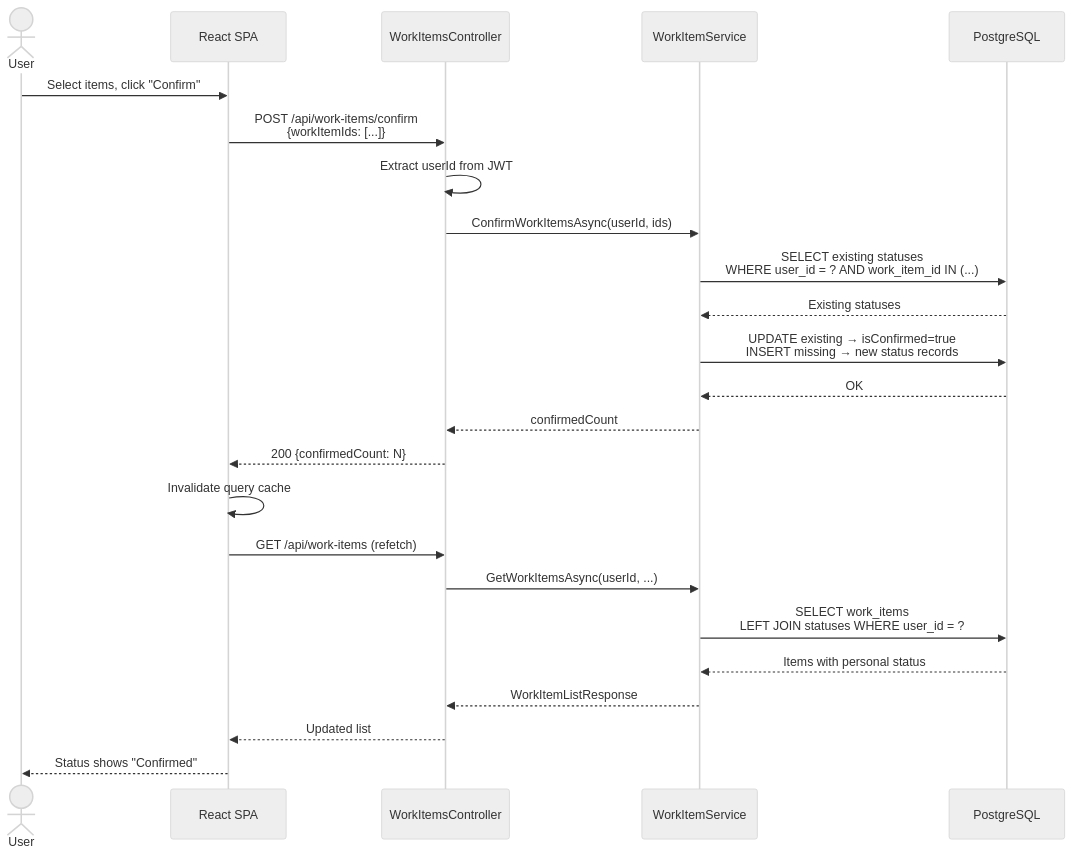
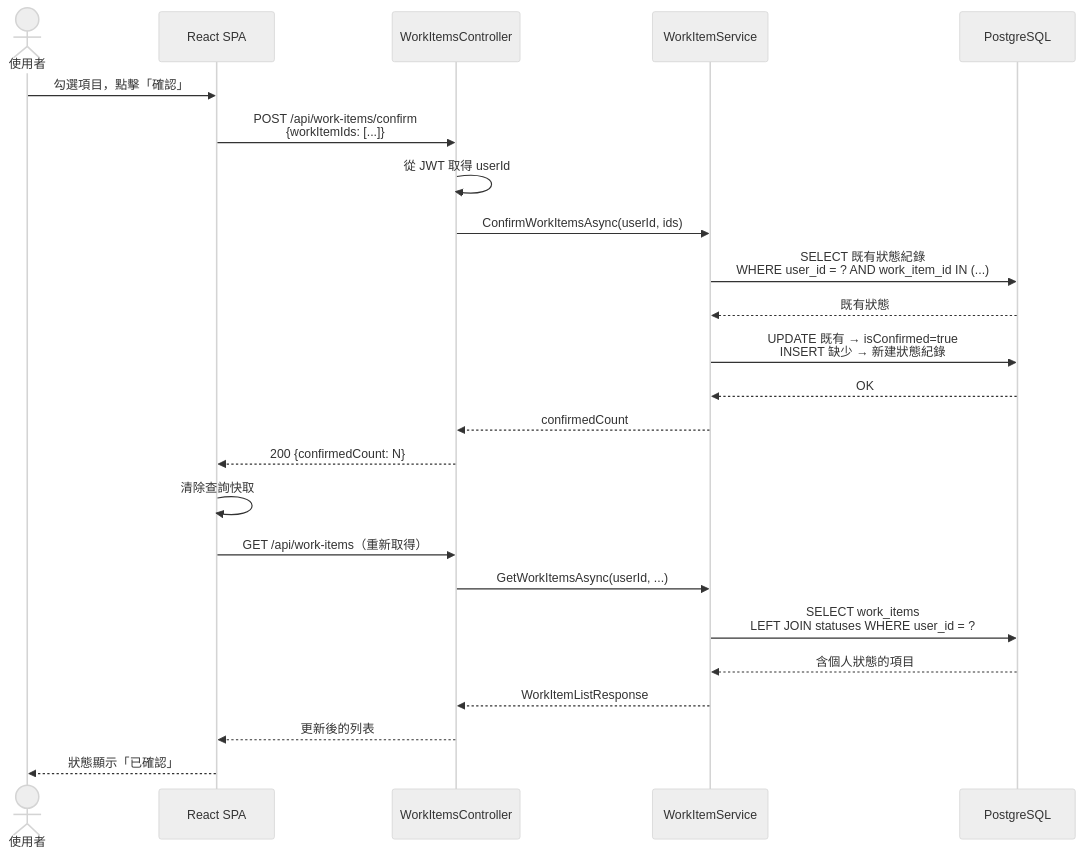
One commit to Neal75418/MyWorkItem changed the fourth of 5 diagrams in docs/c4-diagrams.md. Above: the diagram before and after it, drawn with Mermaid (neutral theme). The commit also changed other lines of this file and 1 other file, not shown here.

````diff
--- a/docs/c4-diagrams.md
+++ b/docs/c4-diagrams.md
@@ -133,27 +133,27 @@
 ```mermaid
 sequenceDiagram
-    actor User as User
+    actor User as 使用者
     participant SPA as React SPA
     participant API as WorkItemsController
     participant Svc as WorkItemService
     participant DB as PostgreSQL
 
-    User->>SPA: Select items, click "Confirm"
+    User->>SPA: 勾選項目，點擊「確認」
     SPA->>API: POST /api/work-items/confirm<br/>{workItemIds: [...]}
-    API->>API: Extract userId from JWT
+    API->>API: 從 JWT 取得 userId
     API->>Svc: ConfirmWorkItemsAsync(userId, ids)
-    Svc->>DB: SELECT existing statuses<br/>WHERE user_id = ? AND work_item_id IN (...)
-    DB-->>Svc: Existing statuses
-    Svc->>DB: UPDATE existing → isConfirmed=true<br/>INSERT missing → new status records
+    Svc->>DB: SELECT 既有狀態紀錄<br/>WHERE user_id = ? AND work_item_id IN (...)
+    DB-->>Svc: 既有狀態
+    Svc->>DB: UPDATE 既有 → isConfirmed=true<br/>INSERT 缺少 → 新建狀態紀錄
     DB-->>Svc: OK
     Svc-->>API: confirmedCount
     API-->>SPA: 200 {confirmedCount: N}
-    SPA->>SPA: Invalidate query cache
-    SPA->>API: GET /api/work-items (refetch)
+    SPA->>SPA: 清除查詢快取
+    SPA->>API: GET /api/work-items（重新取得）
     API->>Svc: GetWorkItemsAsync(userId, ...)
     Svc->>DB: SELECT work_items<br/>LEFT JOIN statuses WHERE user_id = ?
-    DB-->>Svc: Items with personal status
+    DB-->>Svc: 含個人狀態的項目
     Svc-->>API: WorkItemListResponse
-    API-->>SPA: Updated list
-    SPA-->>User: Status shows "Confirmed"
+    API-->>SPA: 更新後的列表
+    SPA-->>User: 狀態顯示「已確認」
 ```
````
